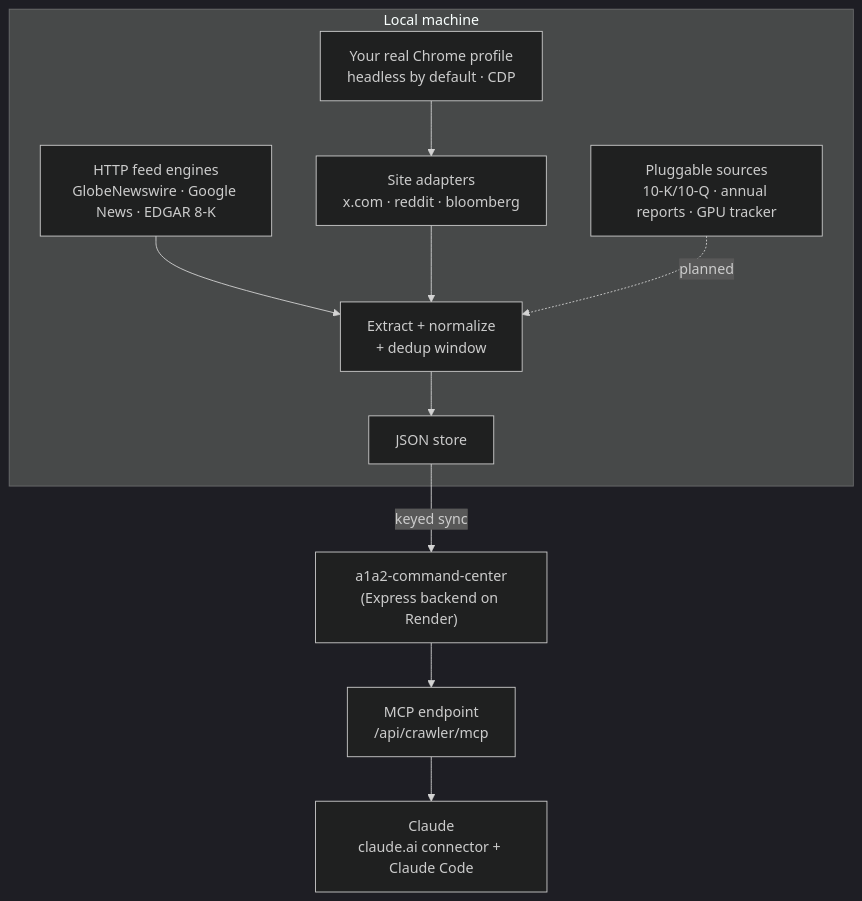
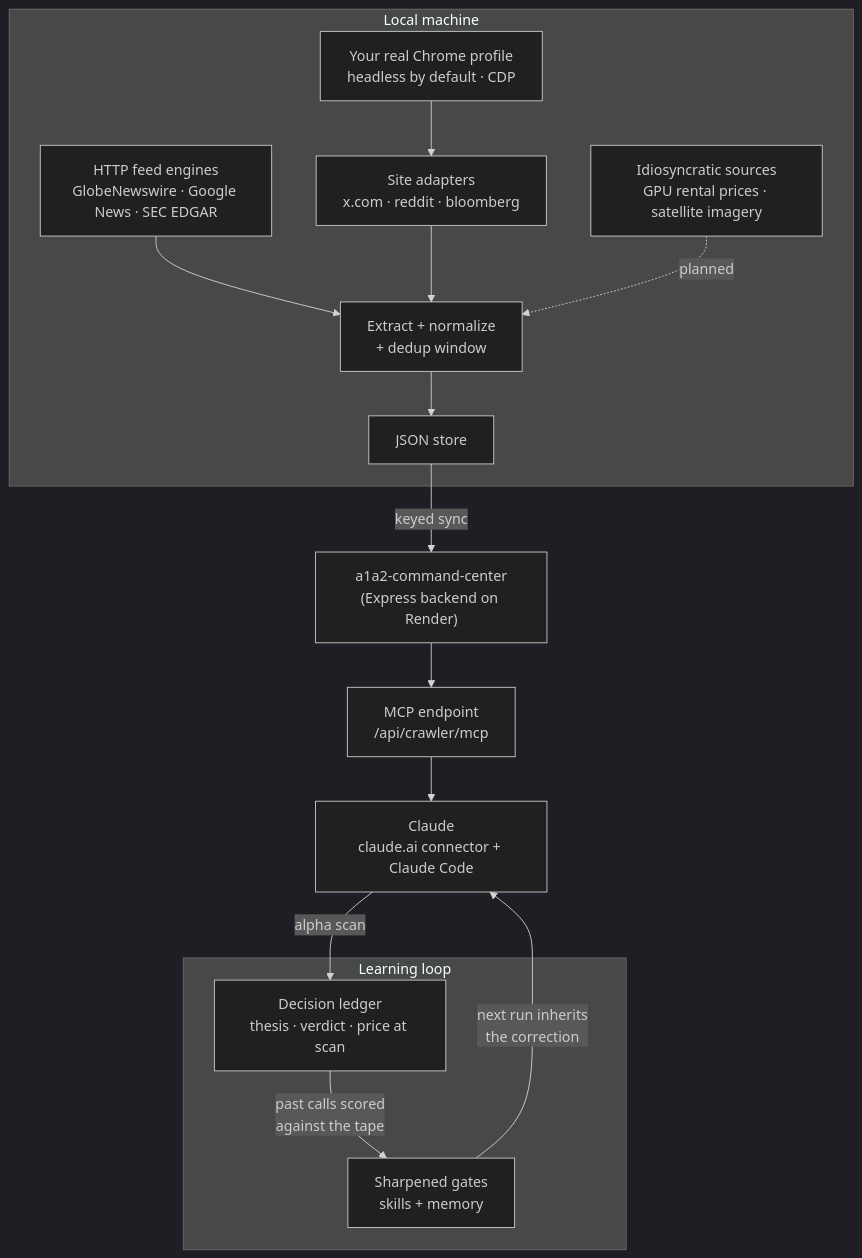
The diagram in README.md (EF08/andy2_crawler), drawn with Mermaid (dark theme) before and after one commit. The commit also changed other lines of this file, not shown here.

First line of the commit message:
README: correct the source taxonomy and show the learning loop in the diagram

````diff
--- a/README.md
+++ b/README.md
@@ -9,13 +9,21 @@
 ```mermaid
 flowchart TD
     subgraph local [Local machine]
         A["Your real Chrome profile<br/>headless by default · CDP"] --> B["Site adapters<br/>x.com · reddit · bloomberg"]
-        C["HTTP feed engines<br/>GlobeNewswire · Google News · EDGAR 8-K"] --> D
+        C["HTTP feed engines<br/>GlobeNewswire · Google News · SEC EDGAR"] --> D
         B --> D["Extract + normalize<br/>+ dedup window"]
-        P["Pluggable sources<br/>10-K/10-Q · annual reports · GPU tracker"] -.planned.-> D
+        P["Idiosyncratic sources<br/>GPU rental prices · satellite imagery"] -.planned.-> D
         D --> E["JSON store"]
     end
     E -->|keyed sync| F["a1a2-command-center<br/>(Express backend on Render)"]
     F --> G["MCP endpoint<br/>/api/crawler/mcp"]
     G --> H["Claude<br/>claude.ai connector + Claude Code"]
+
+    subgraph learn [Learning loop]
+        I["Decision ledger<br/>thesis · verdict · price at scan"]
+        J["Sharpened gates<br/>skills + memory"]
+        I -->|past calls scored<br/>against the tape| J
+    end
+    H -->|alpha scan| I
+    J -->|next run inherits<br/>the correction| H
 ```
````
